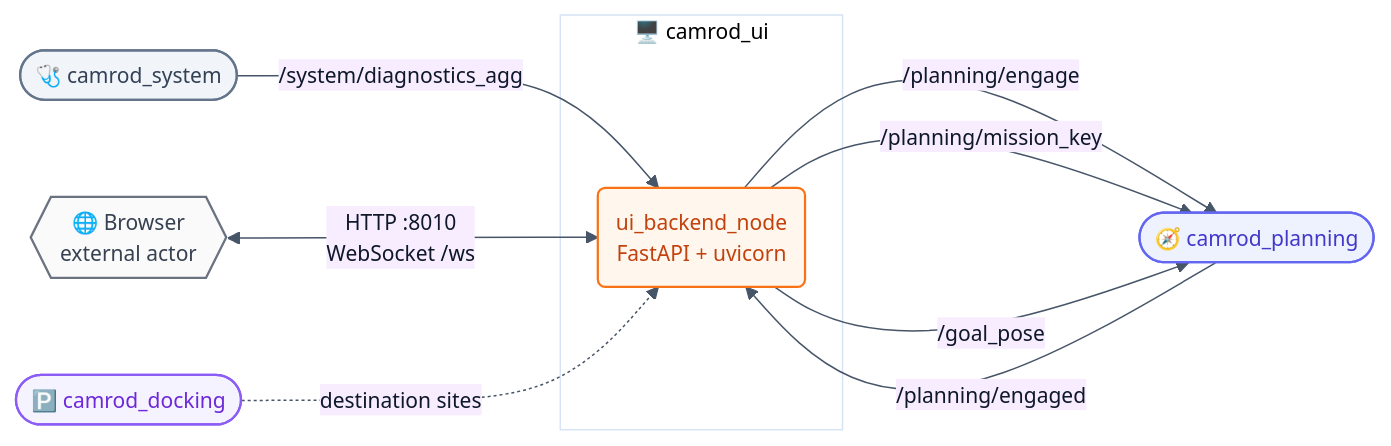
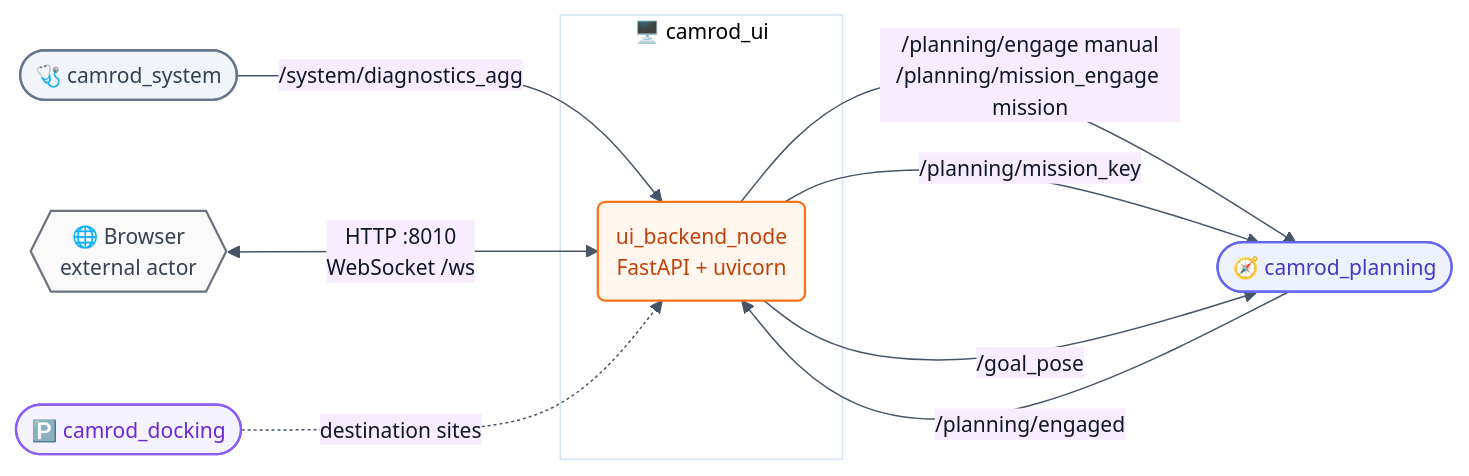
The first of 5 diagrams in camrod_ui/README.md (hwanhonglee/CAMROD), drawn with Mermaid before and after one commit. The commit also changed other lines of this file and 2 other files, not shown here.

````diff
--- a/camrod_ui/README.md
+++ b/camrod_ui/README.md
@@ -55,25 +55,25 @@
 ```mermaid
 %%{init: {'theme': 'base', 'themeVariables': {'fontFamily': 'ui-sans-serif, system-ui, sans-serif', 'fontSize': '14px', 'primaryColor': '#FFF7ED', 'primaryTextColor': '#0F172A', 'primaryBorderColor': '#F97316', 'lineColor': '#475569'}, 'flowchart': {'curve': 'basis', 'htmlLabels': true, 'padding': 12}}}%%
 graph LR
   BROWSER{{🌐 Browser\nexternal actor}}:::hardware
 
   SYS([🩺 camrod_system]):::system    -->|/system/diagnostics_agg| UI
   PLAN([🧭 camrod_planning]):::planning -->|/planning/engaged| UI
 
   subgraph UI_BOX["🖥️ camrod_ui"]
     UI(ui_backend_node\nFastAPI + uvicorn):::ui
   end
 
   BROWSER <-->|HTTP :8010\nWebSocket /ws| UI
 
-  UI -->|/planning/engage| PLAN
+  UI -->|/planning/engage manual\n/planning/mission_engage mission| PLAN
   UI -->|/planning/mission_key| PLAN
   UI -->|/goal_pose| PLAN
   PARK([🅿️ camrod_docking]):::docking -.->|destination sites| UI
 
   classDef ui           fill:#FFF7ED,stroke:#F97316,stroke-width:1.5px,color:#C2410C;
   classDef system       fill:#F1F5F9,stroke:#64748B,stroke-width:1.5px,color:#334155;
   classDef planning     fill:#EEF2FF,stroke:#6366F1,stroke-width:1.5px,color:#4338CA;
   classDef docking      fill:#F5F3FF,stroke:#8B5CF6,stroke-width:1.5px,color:#6D28D9;
   classDef hardware     fill:#FAFAFA,stroke:#6B7280,stroke-width:1.5px,color:#374151;
 ```
````
